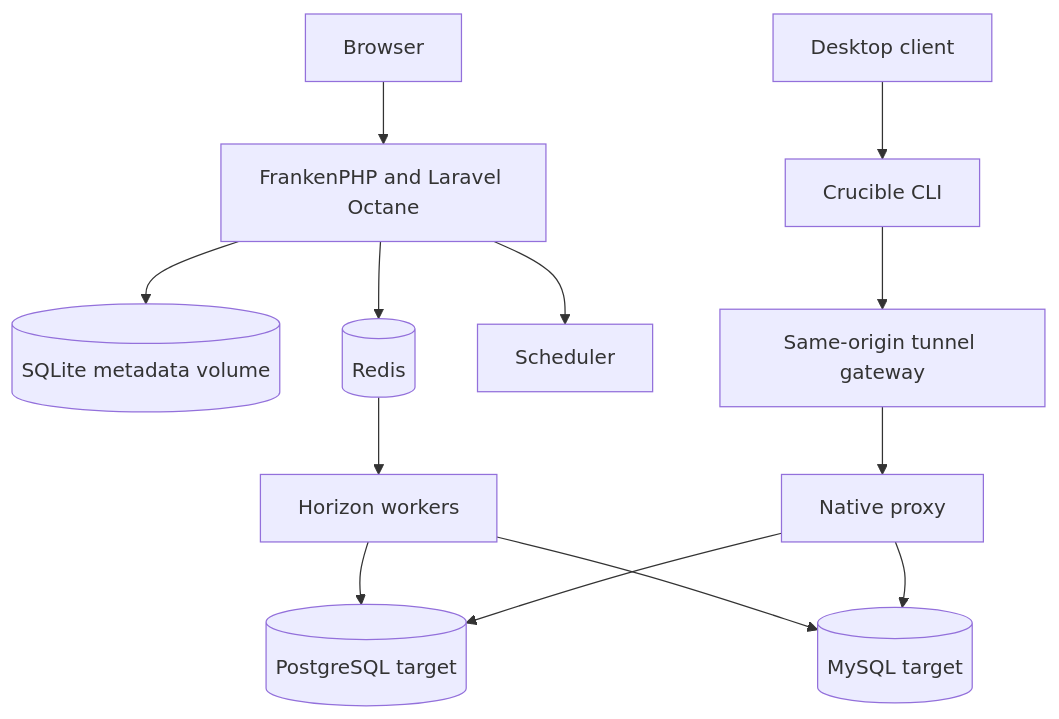
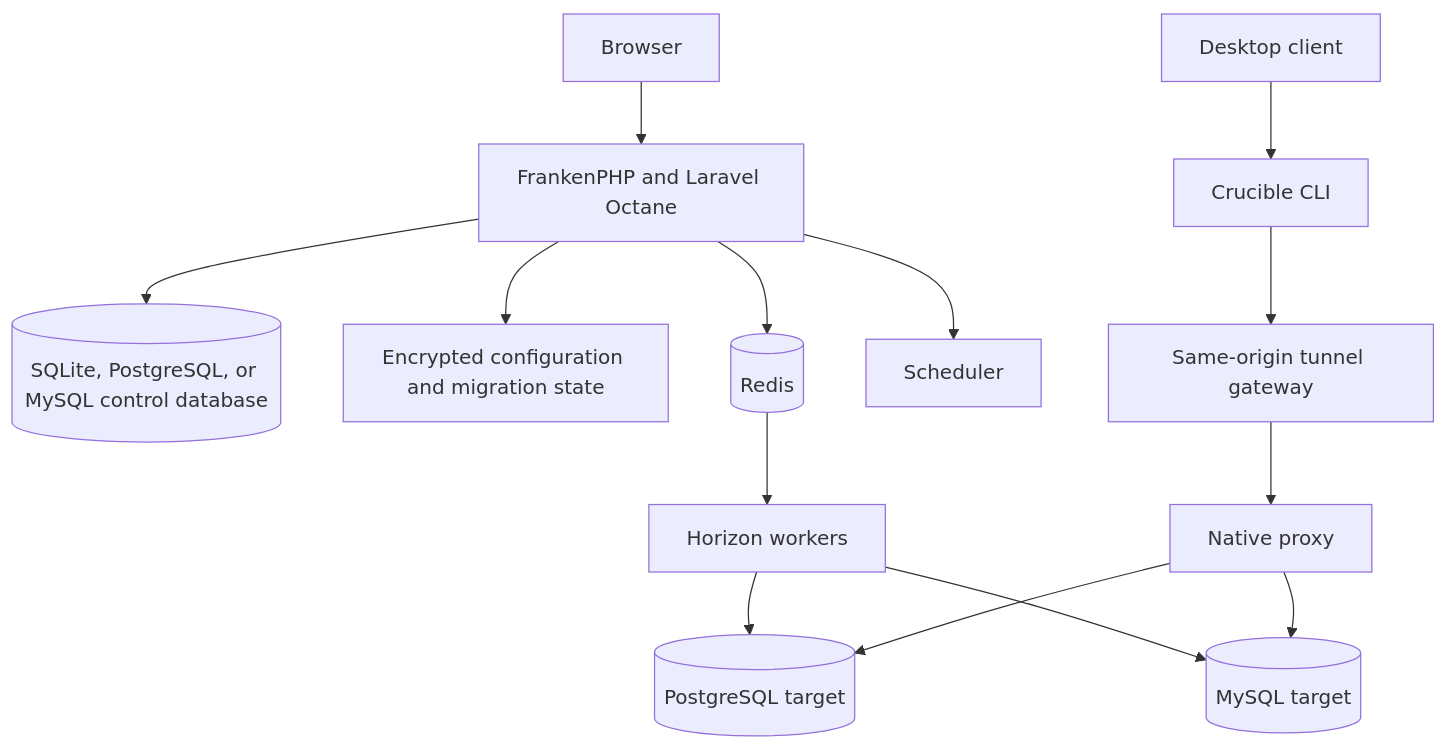
One commit to adiwidia-dev/crucible-db changed the diagram in docs/operations/architecture.md. Above: the diagram before and after it, drawn with Mermaid. The commit also changed other lines of this file and 76 other files, not shown here.

````diff
--- a/docs/operations/architecture.md
+++ b/docs/operations/architecture.md
@@ -5,15 +5,16 @@
 ```mermaid
 flowchart TB
     B[Browser] --> A[FrankenPHP and Laravel Octane]
-    A --> M[(SQLite metadata volume)]
+    A --> M[(SQLite, PostgreSQL, or MySQL control database)]
+    A --> V[Encrypted configuration and migration state]
     A --> R[(Redis)]
     R --> H[Horizon workers]
     A --> S[Scheduler]
     H --> P[(PostgreSQL target)]
     H --> Y[(MySQL target)]
     C[Desktop client] --> L[Crucible CLI]
     L --> G[Same-origin tunnel gateway]
     G --> N[Native proxy]
     N --> P
     N --> Y
 ```
````
